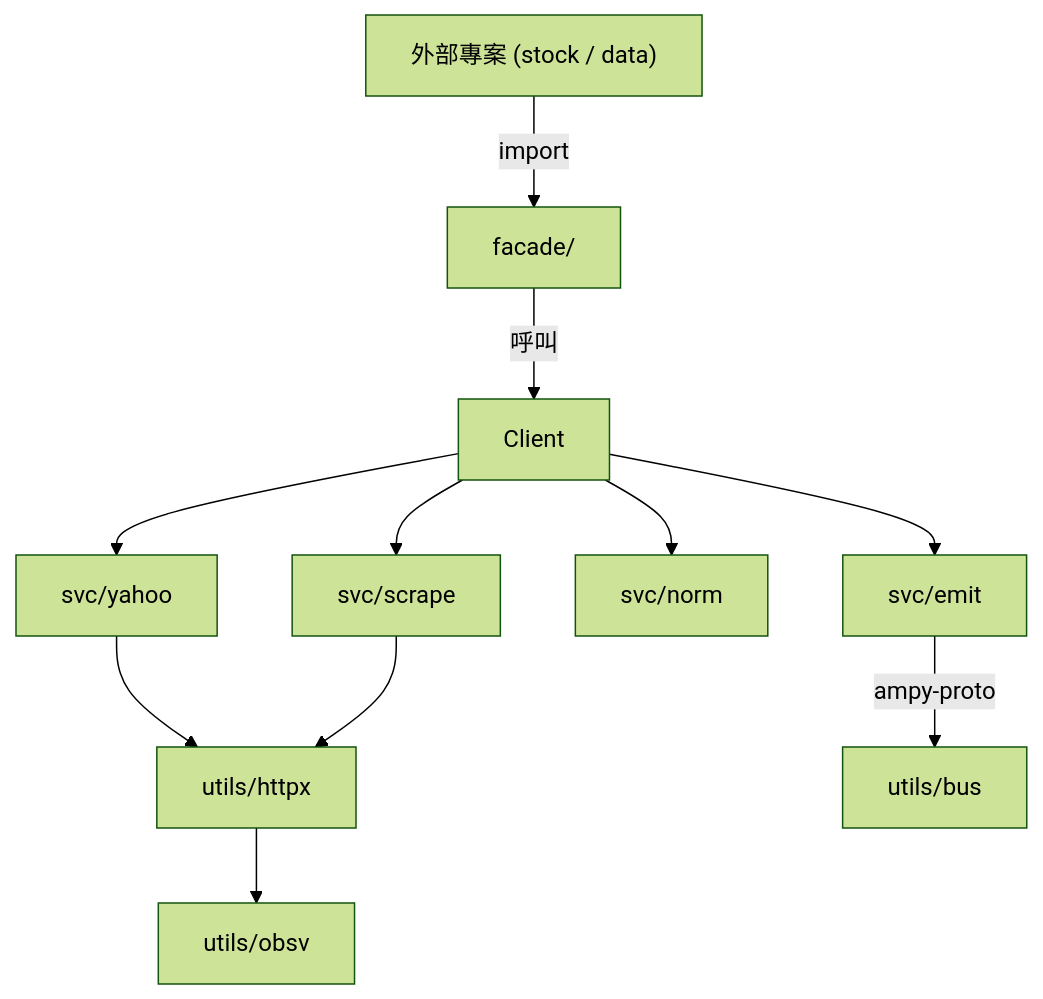
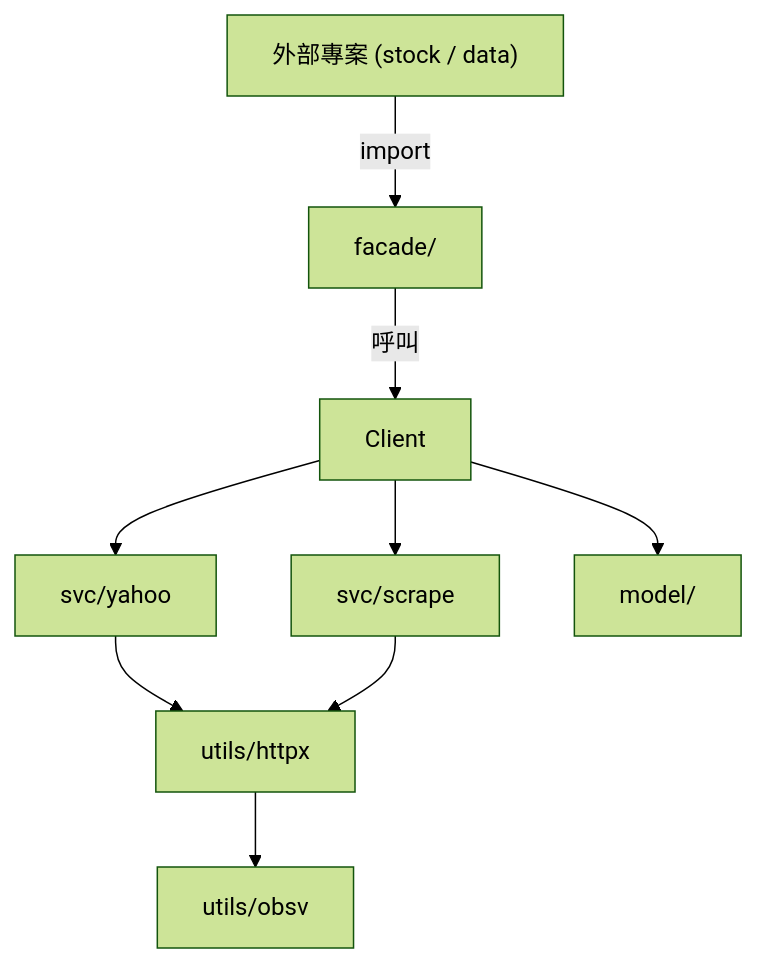
One commit to BizShuk/yfin changed the diagram in docs/getting-started/onboarding.md. Above: the diagram before and after it, drawn with Mermaid (forest theme). The commit also changed other lines of this file and 13 other files, not shown here.

First line of the commit message:
docs: remove ampy-proto references and align docs with facade architecture

````diff
--- a/docs/getting-started/onboarding.md
+++ b/docs/getting-started/onboarding.md
@@ -154,13 +152,11 @@
 ```mermaid
 flowchart TD
     EXT["外部專案 (stock / data)"] -->|"import"| FAC["facade/"]
     FAC -->|"呼叫"| YC["Client"]
     YC --> YS["svc/yahoo"]
     YC --> SC["svc/scrape"]
-    YC --> NW["svc/norm"]
-    YC --> ET["svc/emit"]
+    YC --> MD["model/"]
     YS --> HX["utils/httpx"]
     SC --> HX
     HX --> OB["utils/obsv"]
-    ET -->|"ampy-proto"| BS["utils/bus"]
 ```
````
